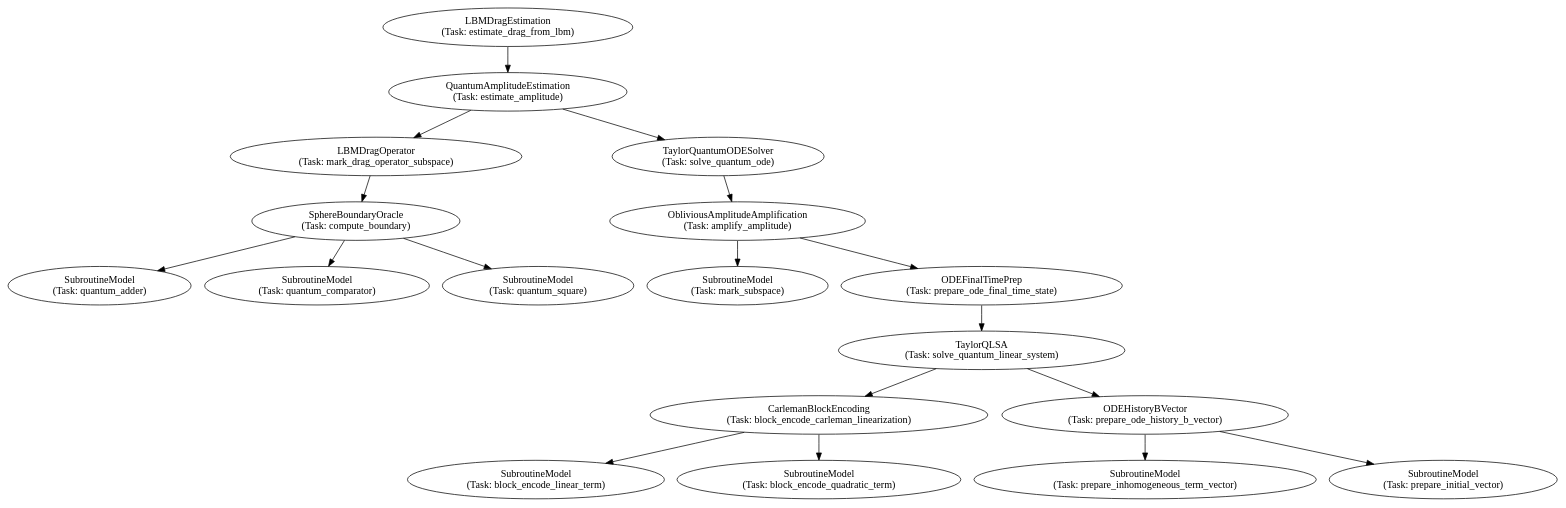
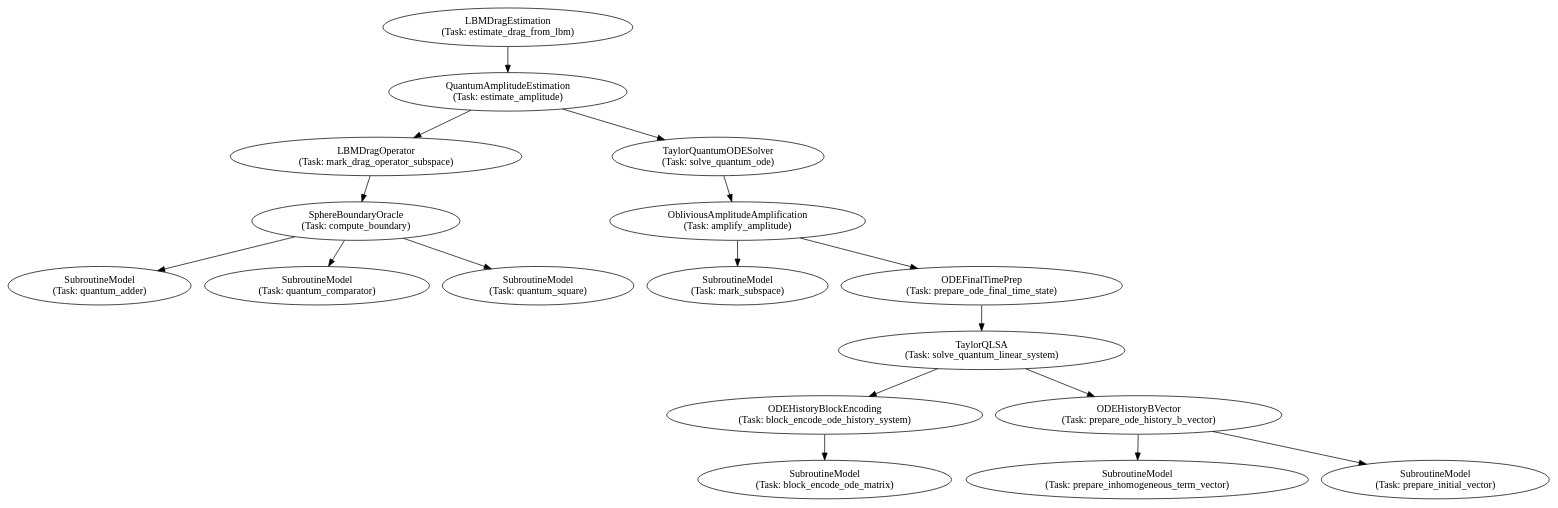
Before and after one commit to zapatacomputing/qsub: the diagram in examples/quantum_algorithms/Digraph.gv, drawn with Graphviz. The commit also changed 8 other files, not shown here.

```diff
--- a/examples/quantum_algorithms/Digraph.gv
+++ b/examples/quantum_algorithms/Digraph.gv
@@ -1,56 +1,53 @@
 // Subroutines Hierarchy
 digraph {
 	LBMDragEstimation_estimate_drag_from_lbm [label="LBMDragEstimation
 (Task: estimate_drag_from_lbm)"]
 	QuantumAmplitudeEstimation_estimate_amplitude [label="QuantumAmplitudeEstimation
 (Task: estimate_amplitude)"]
 	LBMDragEstimation_estimate_drag_from_lbm -> QuantumAmplitudeEstimation_estimate_amplitude
 	LBMDragOperator_mark_drag_operator_subspace [label="LBMDragOperator
 (Task: mark_drag_operator_subspace)"]
 	QuantumAmplitudeEstimation_estimate_amplitude -> LBMDragOperator_mark_drag_operator_subspace
 	SphereBoundaryOracle_compute_boundary [label="SphereBoundaryOracle
 (Task: compute_boundary)"]
 	LBMDragOperator_mark_drag_operator_subspace -> SphereBoundaryOracle_compute_boundary
 	SubroutineModel_quantum_adder [label="SubroutineModel
 (Task: quantum_adder)"]
 	SphereBoundaryOracle_compute_boundary -> SubroutineModel_quantum_adder
 	SubroutineModel_quantum_comparator [label="SubroutineModel
 (Task: quantum_comparator)"]
 	SphereBoundaryOracle_compute_boundary -> SubroutineModel_quantum_comparator
 	SubroutineModel_quantum_square [label="SubroutineModel
 (Task: quantum_square)"]
 	SphereBoundaryOracle_compute_boundary -> SubroutineModel_quantum_square
 	TaylorQuantumODESolver_solve_quantum_ode [label="TaylorQuantumODESolver
 (Task: solve_quantum_ode)"]
 	QuantumAmplitudeEstimation_estimate_amplitude -> TaylorQuantumODESolver_solve_quantum_ode
 	ObliviousAmplitudeAmplification_amplify_amplitude [label="ObliviousAmplitudeAmplification
 (Task: amplify_amplitude)"]
 	TaylorQuantumODESolver_solve_quantum_ode -> ObliviousAmplitudeAmplification_amplify_amplitude
 	SubroutineModel_mark_subspace [label="SubroutineModel
 (Task: mark_subspace)"]
 	ObliviousAmplitudeAmplification_amplify_amplitude -> SubroutineModel_mark_subspace
 	ODEFinalTimePrep_prepare_ode_final_time_state [label="ODEFinalTimePrep
 (Task: prepare_ode_final_time_state)"]
 	ObliviousAmplitudeAmplification_amplify_amplitude -> ODEFinalTimePrep_prepare_ode_final_time_state
 	TaylorQLSA_solve_quantum_linear_system [label="TaylorQLSA
 (Task: solve_quantum_linear_system)"]
 	ODEFinalTimePrep_prepare_ode_final_time_state -> TaylorQLSA_solve_quantum_linear_system
-	CarlemanBlockEncoding_block_encode_carleman_linearization [label="CarlemanBlockEncoding
-(Task: block_encode_carleman_linearization)"]
-	TaylorQLSA_solve_quantum_linear_system -> CarlemanBlockEncoding_block_encode_carleman_linearization
-	SubroutineModel_block_encode_linear_term [label="SubroutineModel
-(Task: block_encode_linear_term)"]
-	CarlemanBlockEncoding_block_encode_carleman_linearization -> SubroutineModel_block_encode_linear_term
-	SubroutineModel_block_encode_quadratic_term [label="SubroutineModel
-(Task: block_encode_quadratic_term)"]
-	CarlemanBlockEncoding_block_encode_carleman_linearization -> SubroutineModel_block_encode_quadratic_term
+	ODEHistoryBlockEncoding_block_encode_ode_history_system [label="ODEHistoryBlockEncoding
+(Task: block_encode_ode_history_system)"]
+	TaylorQLSA_solve_quantum_linear_system -> ODEHistoryBlockEncoding_block_encode_ode_history_system
+	SubroutineModel_block_encode_ode_matrix [label="SubroutineModel
+(Task: block_encode_ode_matrix)"]
+	ODEHistoryBlockEncoding_block_encode_ode_history_system -> SubroutineModel_block_encode_ode_matrix
 	ODEHistoryBVector_prepare_ode_history_b_vector [label="ODEHistoryBVector
 (Task: prepare_ode_history_b_vector)"]
 	TaylorQLSA_solve_quantum_linear_system -> ODEHistoryBVector_prepare_ode_history_b_vector
 	SubroutineModel_prepare_inhomogeneous_term_vector [label="SubroutineModel
 (Task: prepare_inhomogeneous_term_vector)"]
 	ODEHistoryBVector_prepare_ode_history_b_vector -> SubroutineModel_prepare_inhomogeneous_term_vector
 	SubroutineModel_prepare_initial_vector [label="SubroutineModel
 (Task: prepare_initial_vector)"]
 	ODEHistoryBVector_prepare_ode_history_b_vector -> SubroutineModel_prepare_initial_vector
 }
```
